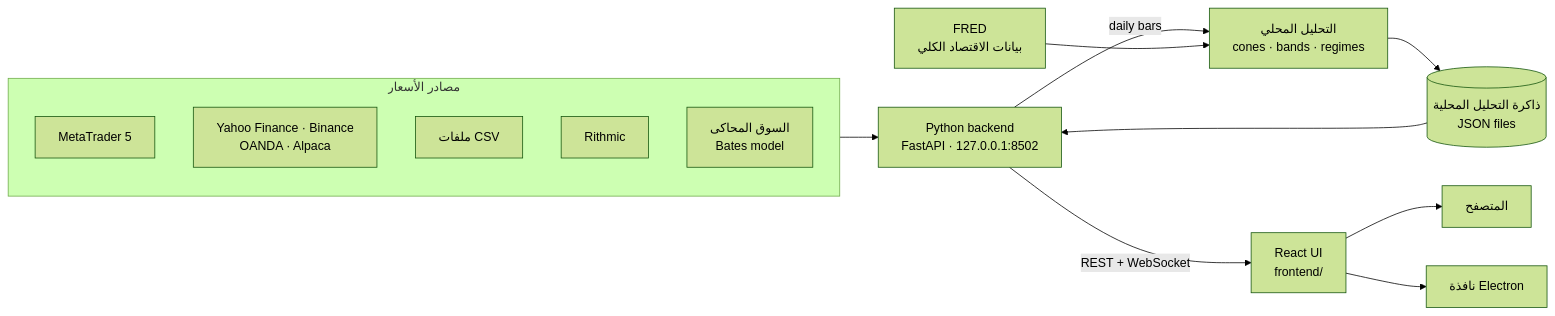
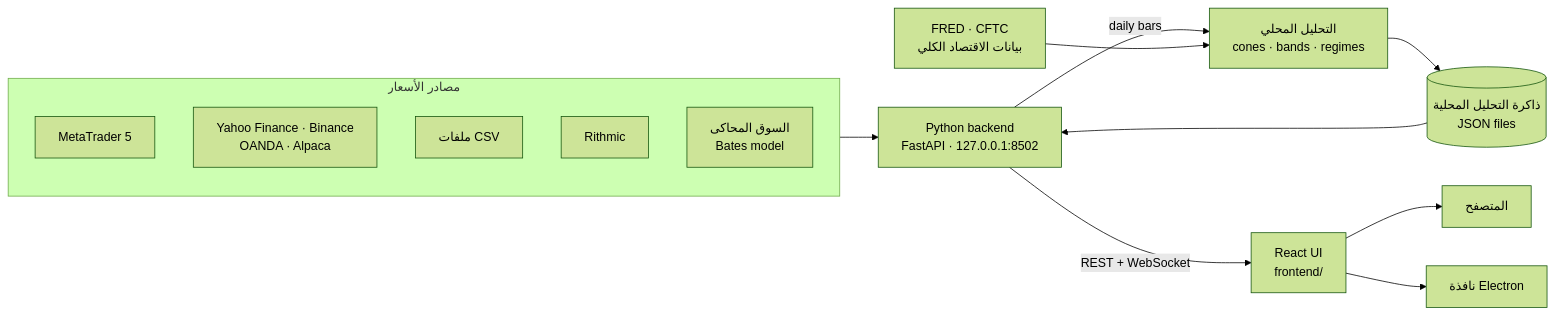
One commit to wJubran/QuantumTerminal changed the diagram in README.ar.md. Above: the diagram before and after it, drawn with Mermaid (forest theme). The commit also changed other lines of this file and 16 other files, not shown here.

First line of the commit message:
feat: the FUNDAMENTAL page from free public data (FRED, CFTC)

````diff
--- a/README.ar.md
+++ b/README.ar.md
@@ -477,19 +496,19 @@
 ```mermaid
 flowchart LR
     subgraph feeds["مصادر الأسعار"]
         MT5["MetaTrader 5"]
         NET["Yahoo Finance · Binance<br/>OANDA · Alpaca"]
         CSV["ملفات CSV"]
         RITH["Rithmic"]
         SIM["السوق المحاكى<br/>Bates model"]
     end
     CACHE[("ذاكرة التحليل المحلية<br/>JSON files")]
     feeds --> API["Python backend<br/>FastAPI · 127.0.0.1:8502"]
     API -- "daily bars" --> ENGINE["التحليل المحلي<br/>cones · bands · regimes"]
-    FRED["FRED<br/>بيانات الاقتصاد الكلي"] --> ENGINE
+    FRED["FRED · CFTC<br/>بيانات الاقتصاد الكلي"] --> ENGINE
     ENGINE --> CACHE
     CACHE --> API
     API -- "REST + WebSocket" --> UI["React UI<br/>frontend/"]
     UI --> BROWSER["المتصفح"]
     UI --> ELECTRON["نافذة Electron"]
 ```
````
